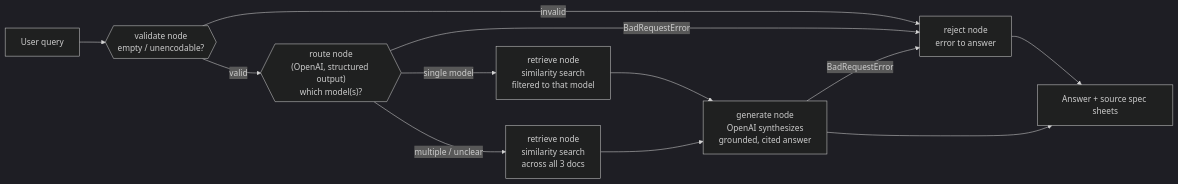
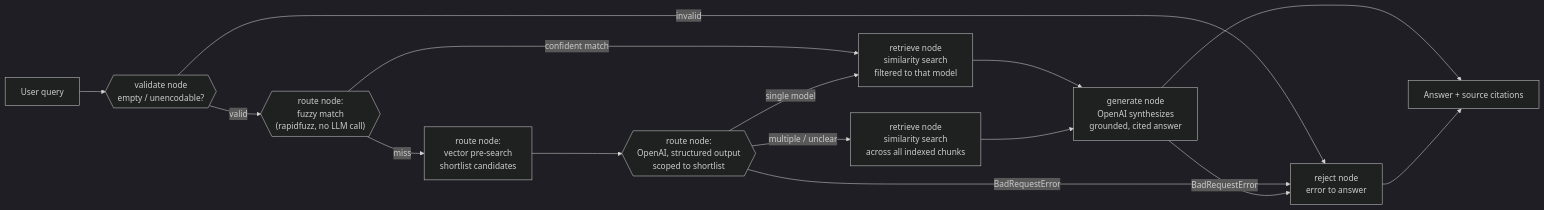
The third of 5 diagrams in docs/architecture.md (fxschmitt/guitar-assistant), drawn with Mermaid (dark theme) before and after one commit. The commit also changed other lines of this file and 16 other files, not shown here.

````diff
--- a/docs/architecture.md
+++ b/docs/architecture.md
@@ -130,14 +155,17 @@
 ```mermaid
 flowchart LR
     Q[User query] --> V{{"validate node<br/>empty / unencodable?"}}
     V -->|invalid| REJ[reject node<br/>error to answer]
-    V -->|valid| R{{"route node<br/>(OpenAI, structured output)<br/>which model(s)?"}}
-    R -->|BadRequestError| REJ
-    R -->|single model| RT[retrieve node<br/>similarity search<br/>filtered to that model]
-    R -->|multiple / unclear| RTA[retrieve node<br/>similarity search<br/>across all 3 docs]
+    V -->|valid| FM{{"route node:<br/>fuzzy match<br/>(rapidfuzz, no LLM call)"}}
+    FM -->|confident match| RT[retrieve node<br/>similarity search<br/>filtered to that model]
+    FM -->|miss| SL["route node:<br/>vector pre-search<br/>shortlist candidates"]
+    SL --> LLMR{{"route node:<br/>OpenAI, structured output<br/>scoped to shortlist"}}
+    LLMR -->|BadRequestError| REJ
+    LLMR -->|single model| RT
+    LLMR -->|multiple / unclear| RTA[retrieve node<br/>similarity search<br/>across all indexed chunks]
     RT --> G[generate node<br/>OpenAI synthesizes<br/>grounded, cited answer]
     RTA --> G
     G -->|BadRequestError| REJ
-    G --> A[Answer + source spec sheets]
+    G --> A[Answer + source citations]
     REJ --> A
 ```
````
